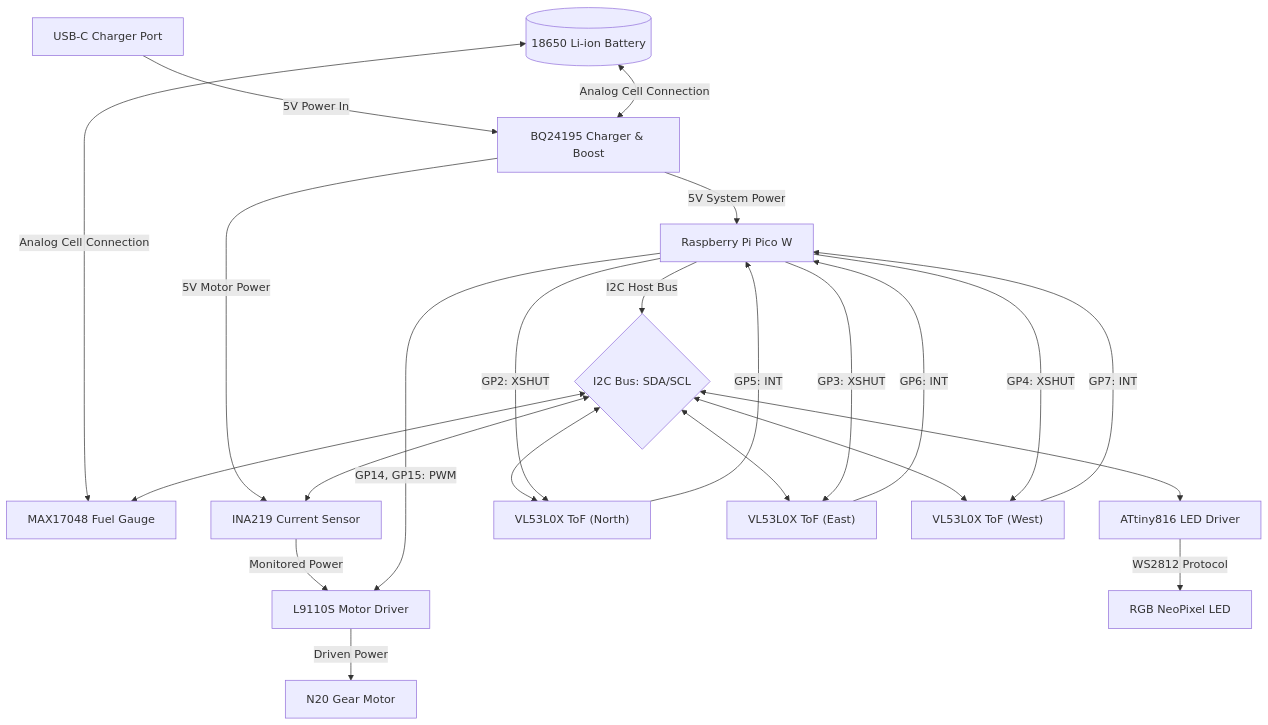
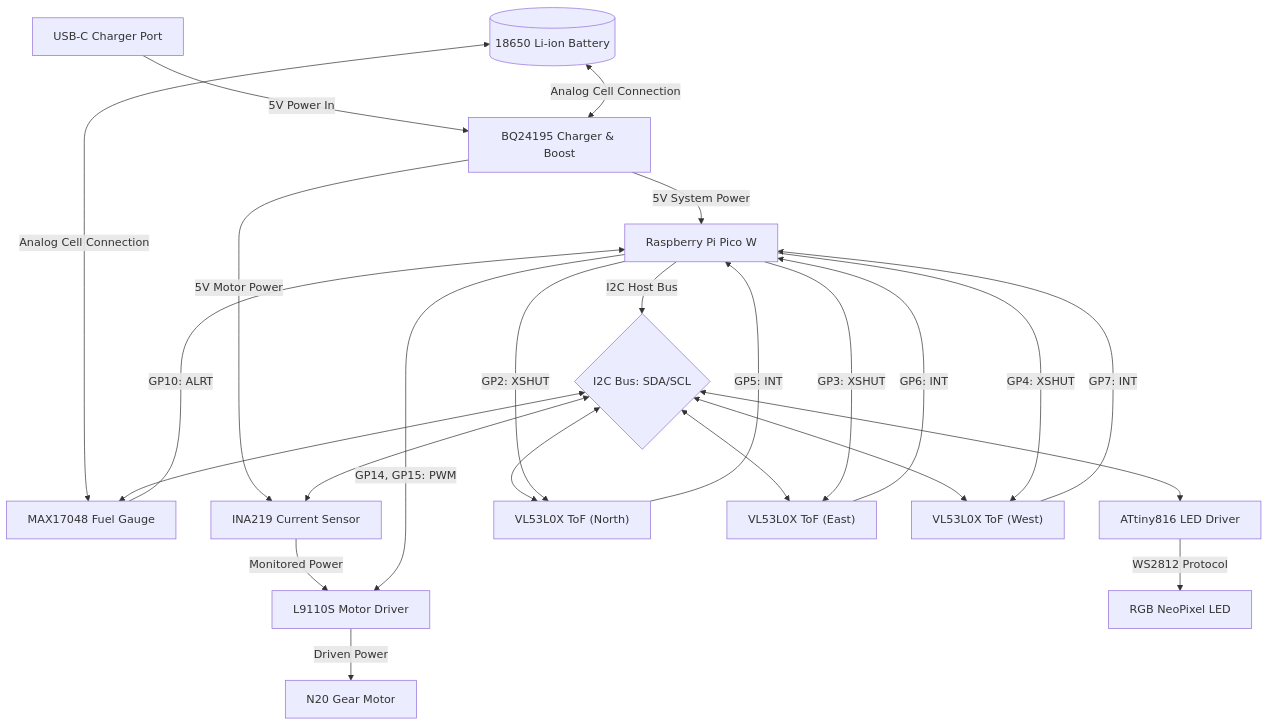
One commit to picklethecat1488-hue/hardware changed the diagram in src/projects/cat_fountain.md. Above: the diagram before and after it, drawn with Mermaid. The commit also changed other lines of this file, not shown here.

````diff
--- a/src/projects/cat_fountain.md
+++ b/src/projects/cat_fountain.md
@@ -34,34 +34,35 @@
 ```mermaid
 graph TD
     %% Power Subsystem
     USBC["USB-C Charger Port"] -->|5V Power In| BQ["BQ24195 Charger & Boost"]
     BAT[("18650 Li-ion Battery")] <-->|Analog Cell Connection| BQ
     BAT <-->|Analog Cell Connection| MAX["MAX17048 Fuel Gauge"]
     
     %% Power Distribution
     BQ -->|5V System Power| PICO["Raspberry Pi Pico W"]
     BQ -->|5V Motor Power| INA["INA219 Current Sensor"]
     INA -->|Monitored Power| DRV["L9110S Motor Driver"]
     
     %% I2C Bus Connections
     PICO -->|I2C Host Bus| I2CBus{I2C Bus: SDA/SCL}
     I2CBus <--> MAX
     I2CBus <--> INA
     I2CBus <--> LED_DRV["ATtiny816 LED Driver"]
     I2CBus <--> TOF1["VL53L0X ToF (North)"]
     I2CBus <--> TOF2["VL53L0X ToF (East)"]
     I2CBus <--> TOF3["VL53L0X ToF (West)"]
     
     %% Control Lines
     PICO -->|GP2: XSHUT| TOF1
     PICO -->|GP3: XSHUT| TOF2
     PICO -->|GP4: XSHUT| TOF3
     TOF1 -->|GP5: INT| PICO
     TOF2 -->|GP6: INT| PICO
     TOF3 -->|GP7: INT| PICO
+    MAX -->|GP10: ALRT| PICO
     PICO -->|GP14, GP15: PWM| DRV
     
     %% Output Connections
     DRV -->|Driven Power| MOTOR["N20 Gear Motor"]
     LED_DRV -->|WS2812 Protocol| LED["RGB NeoPixel LED"]
 ```
````
